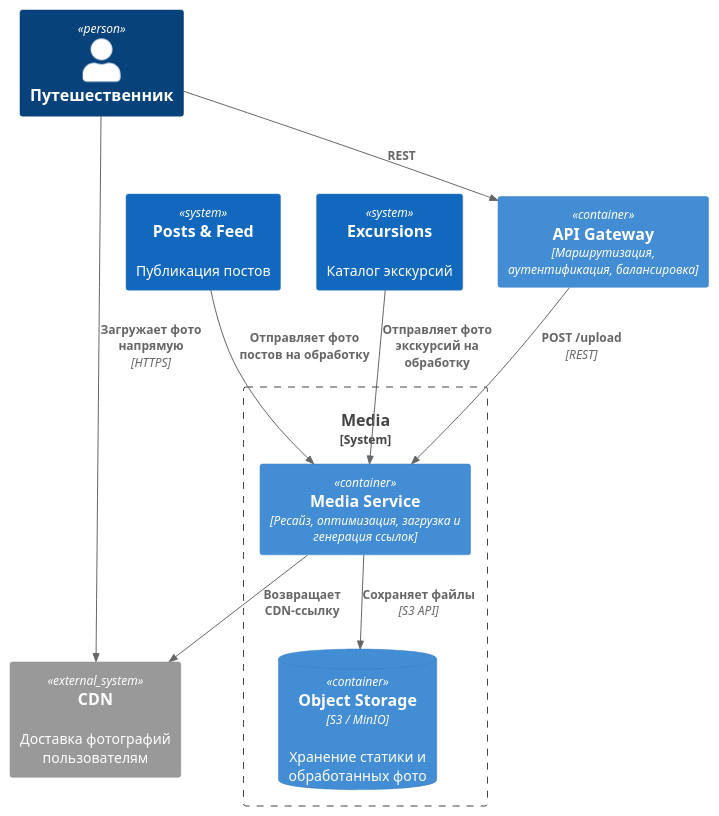
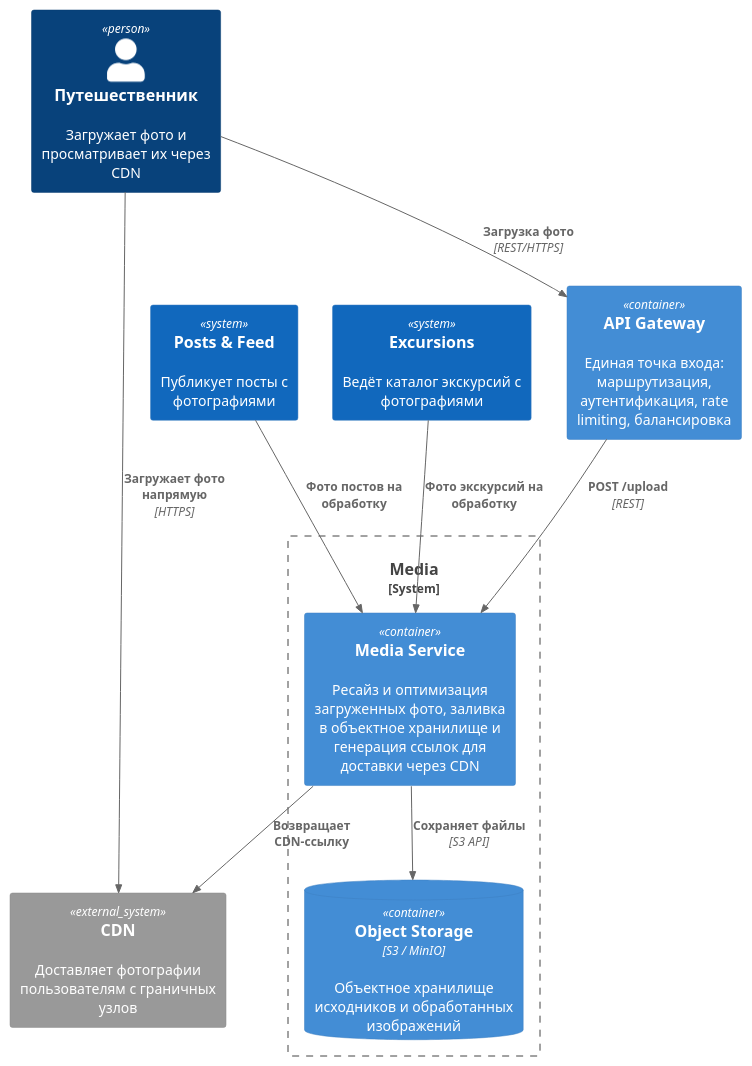
The diagram in architecture/media_system/container.puml (AleksandrTherzyan/social_network_system_design), drawn with PlantUML before and after one commit. The commit also changed 10 other files, not shown here.

```diff
--- a/architecture/media_system/container.puml
+++ b/architecture/media_system/container.puml
@@ -1,23 +1,23 @@
-@startuml
+@startuml media_system
 !include <C4/C4_Container>
 
-Person(traveler, "Путешественник")
-Container(apiGateway, "API Gateway", "Маршрутизация, аутентификация, балансировка")
-System(postsSystem, "Posts & Feed", "Публикация постов")
-System(excursionsSystem, "Excursions", "Каталог экскурсий")
-System_Ext(cdn, "CDN", "Доставка фотографий пользователям")
+Person(traveler, "Путешественник", "Загружает фото и просматривает их через CDN")
+Container(apiGateway, "API Gateway", "", "Единая точка входа: маршрутизация, аутентификация, rate limiting, балансировка")
+System(postsSystem, "Posts & Feed", "Публикует посты с фотографиями")
+System(excursionsSystem, "Excursions", "Ведёт каталог экскурсий с фотографиями")
+System_Ext(cdn, "CDN", "Доставляет фотографии пользователям с граничных узлов")
 
 System_Boundary(mediaSystem, "Media") {
-    Container(mediaService, "Media Service", "Ресайз, оптимизация, загрузка и генерация ссылок")
-    ContainerDb(objectStorage, "Object Storage", "S3 / MinIO", "Хранение статики и обработанных фото")
+    Container(mediaService, "Media Service", "", "Ресайз и оптимизация загруженных фото, заливка в объектное хранилище и генерация ссылок для доставки через CDN")
+    ContainerDb(objectStorage, "Object Storage", "S3 / MinIO", "Объектное хранилище исходников и обработанных изображений")
 }
 
-Rel(traveler, apiGateway, "REST")
+Rel(traveler, apiGateway, "Загрузка фото", "REST/HTTPS")
 Rel(apiGateway, mediaService, "POST /upload", "REST")
-Rel(postsSystem, mediaService, "Отправляет фото постов на обработку")
-Rel(excursionsSystem, mediaService, "Отправляет фото экскурсий на обработку")
+Rel(postsSystem, mediaService, "Фото постов на обработку")
+Rel(excursionsSystem, mediaService, "Фото экскурсий на обработку")
 
 Rel(mediaService, objectStorage, "Сохраняет файлы", "S3 API")
 Rel(mediaService, cdn, "Возвращает CDN-ссылку")
 Rel(traveler, cdn, "Загружает фото напрямую", "HTTPS")
 @enduml
```
